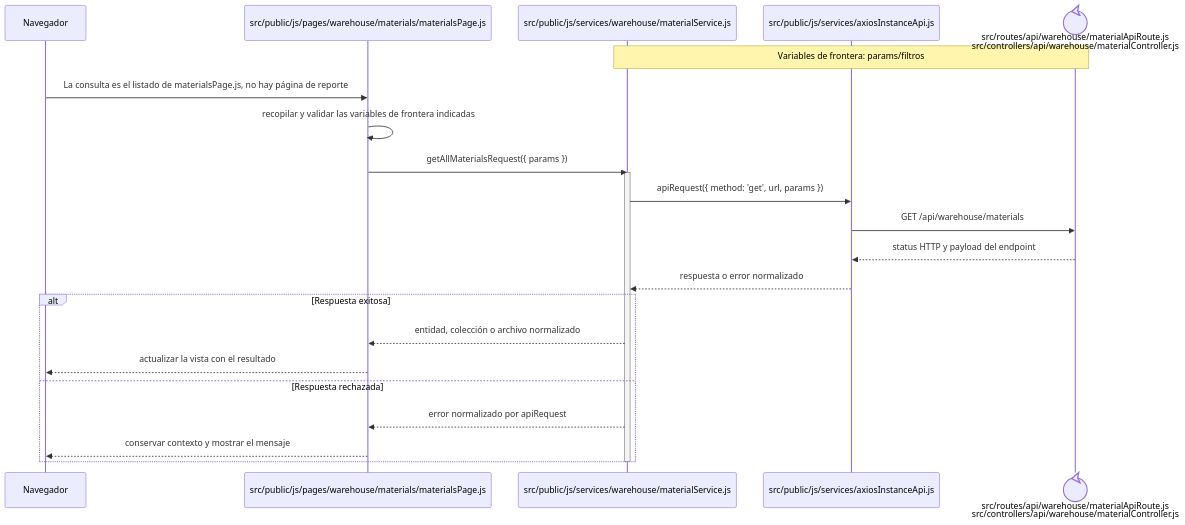
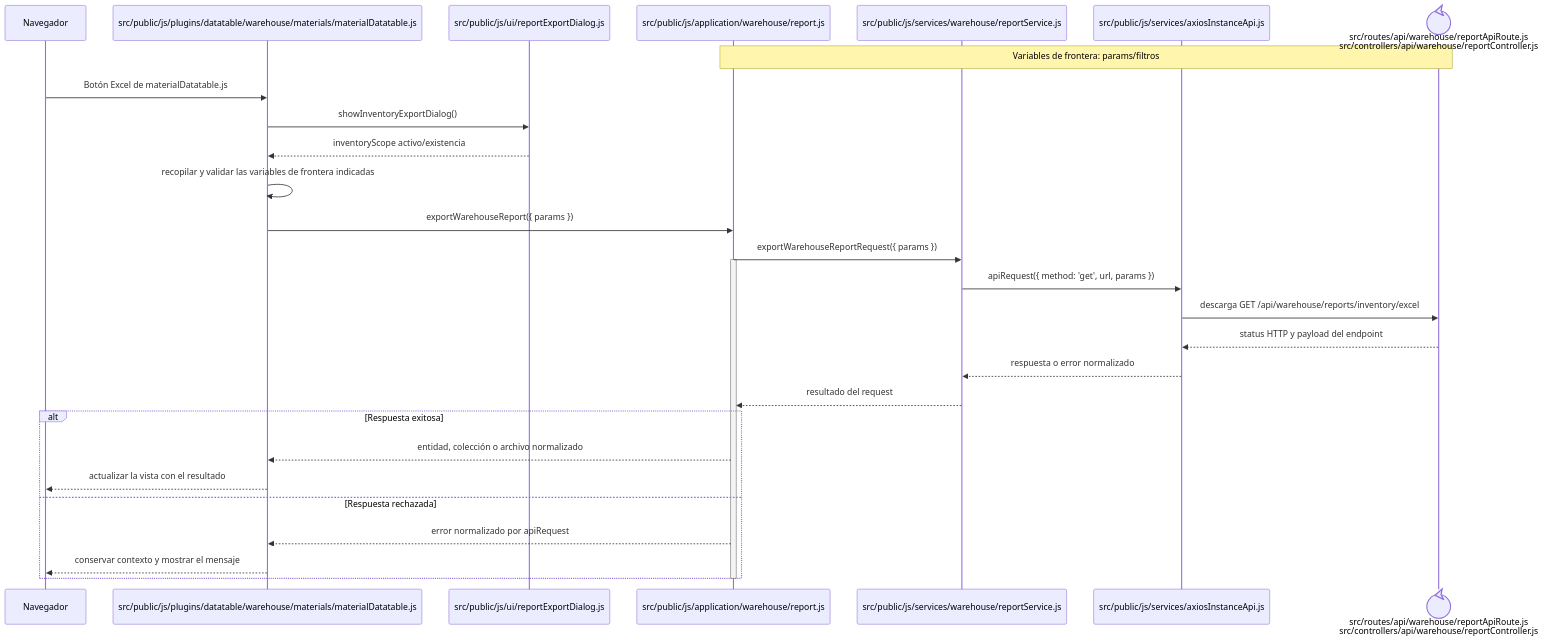
One commit to gpgsistemas01/nexus changed the diagram in docs/architecture/frontend-code-sequences/catalogs/cu-cat-06.md. Above: the diagram before and after it, drawn with Mermaid. The commit also changed other lines of this file and 207 other files, not shown here.

````diff
--- a/docs/architecture/frontend-code-sequences/catalogs/cu-cat-06.md
+++ b/docs/architecture/frontend-code-sequences/catalogs/cu-cat-06.md
@@ -6,26 +6,32 @@
 ```mermaid
 sequenceDiagram
     participant Browser as Navegador
-    participant View as src/public/js/pages/warehouse/materials/materialsPage.js
-    participant Request as src/public/js/services/warehouse/materialService.js
+    participant View as src/public/js/plugins/datatable/warehouse/materials/materialDatatable.js
+    participant Dialog as src/public/js/ui/reportExportDialog.js
+    participant Application as src/public/js/application/warehouse/report.js
+    participant Request as src/public/js/services/warehouse/reportService.js
     participant HTTP as src/public/js/services/axiosInstanceApi.js
-    participant Transport@{ "type": "control" } as src/routes/api/warehouse/materialApiRoute.js<br/>src/controllers/api/warehouse/materialController.js
-    Note over Request,Transport: Variables de frontera: params/filtros
+    participant Transport@{ "type": "control" } as src/routes/api/warehouse/reportApiRoute.js<br/>src/controllers/api/warehouse/reportController.js
+    Note over Application,Transport: Variables de frontera: params/filtros
 
-    Browser->>View: La consulta es el listado de materialsPage.js, no hay página de reporte
+    Browser->>View: Botón Excel de materialDatatable.js
+    View->>Dialog: showInventoryExportDialog()
+    Dialog-->>View: inventoryScope activo/existencia
     View->>View: recopilar y validar las variables de frontera indicadas
-    View->>Request: getAllMaterialsRequest({ params })
-    activate Request
+    View->>Application: exportWarehouseReport({ params })
+    Application->>Request: exportWarehouseReportRequest({ params })
+    activate Application
     Request->>HTTP: apiRequest({ method: 'get', url, params })
-    HTTP->>Transport: GET /api/warehouse/materials
+    HTTP->>Transport: descarga GET /api/warehouse/reports/inventory/excel
     Transport-->>HTTP: status HTTP y payload del endpoint
     HTTP-->>Request: respuesta o error normalizado
+    Request-->>Application: resultado del request
     alt Respuesta exitosa
-        Request-->>View: entidad, colección o archivo normalizado
+        Application-->>View: entidad, colección o archivo normalizado
         View-->>Browser: actualizar la vista con el resultado
     else Respuesta rechazada
-        Request-->>View: error normalizado por apiRequest
+        Application-->>View: error normalizado por apiRequest
         View-->>Browser: conservar contexto y mostrar el mensaje
     end
-    deactivate Request
+    deactivate Application
 ```
````
